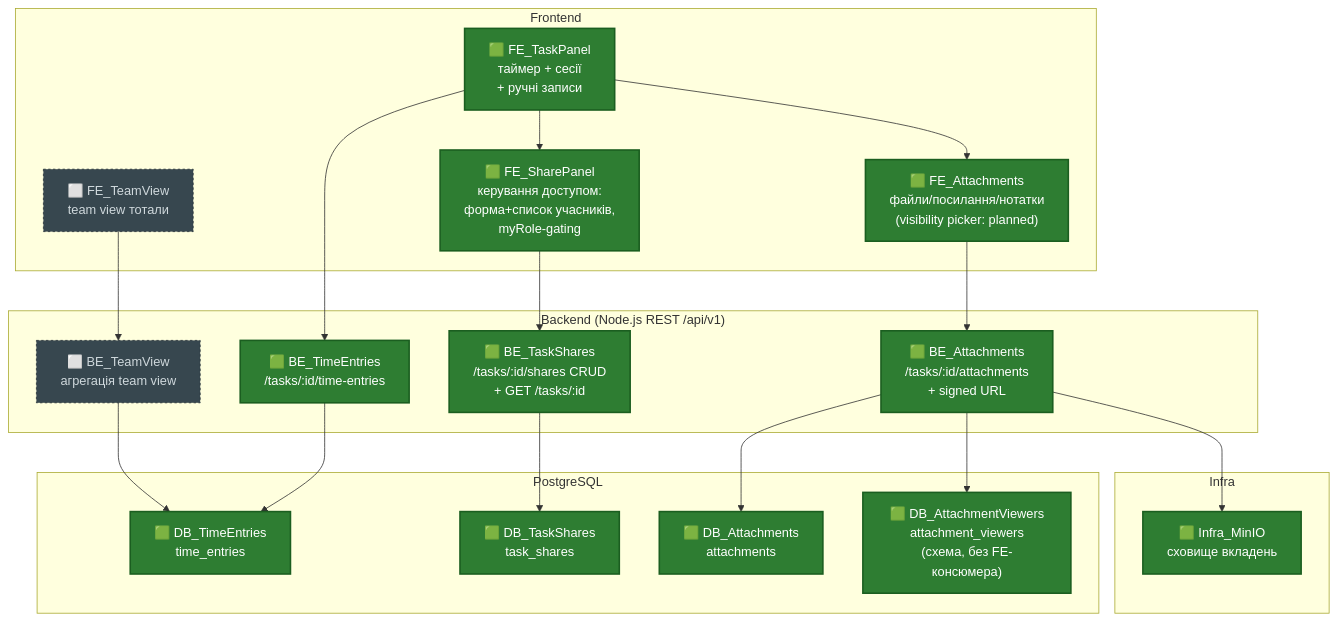
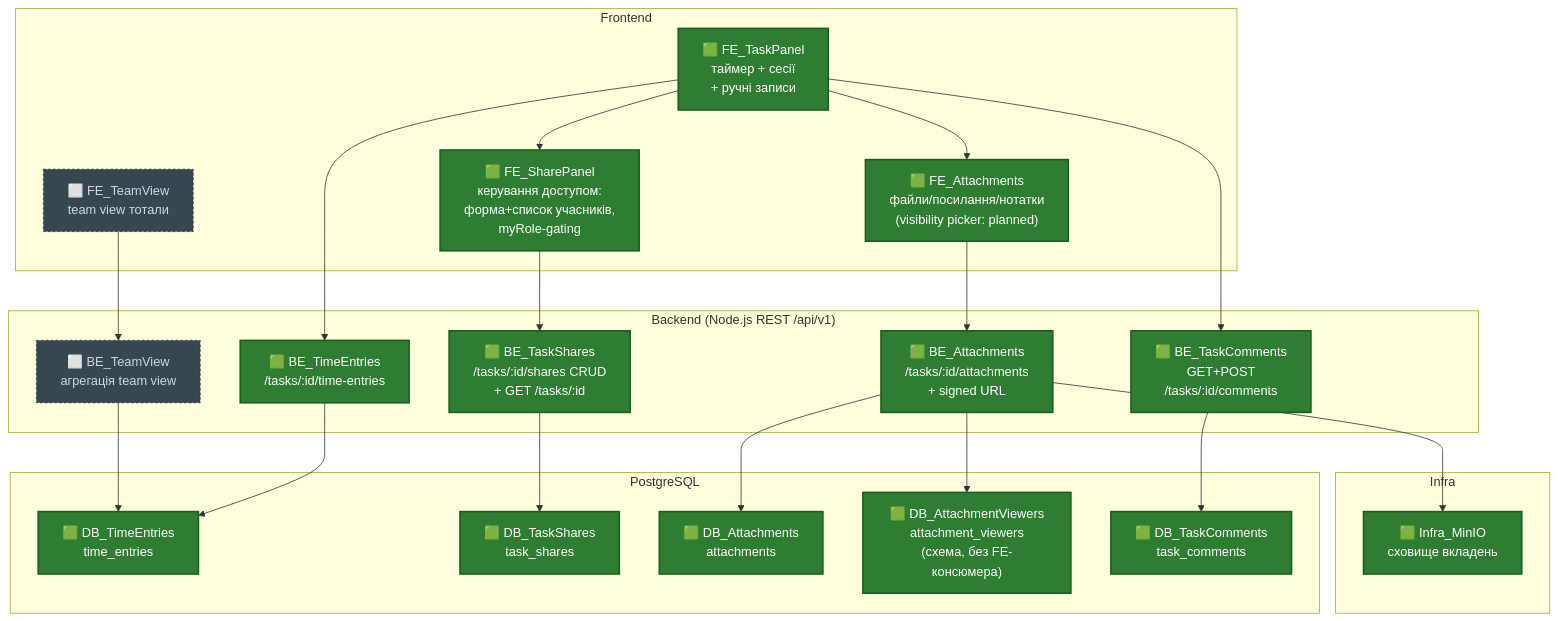
Before and after one commit to ansukhorukova/learn-it: the third of 4 diagrams in PROJECT_MAP.md, drawn with Mermaid. The commit also changed other lines of this file and 2 other files, not shown here.

````diff
--- a/PROJECT_MAP.md
+++ b/PROJECT_MAP.md
@@ -116,47 +116,51 @@
 ```mermaid
 graph TD
   classDef done fill:#2e7d32,color:#ffffff,stroke:#1b5e20,stroke-width:2px;
   classDef progress fill:#f9a825,color:#1a1a1a,stroke:#f57f17,stroke-width:2px;
   classDef planned fill:#37474f,color:#cfd8dc,stroke:#263238,stroke-width:1px,stroke-dasharray: 3 3;
 
   subgraph FE["Frontend"]
     FE_TaskPanel["🟩 FE_TaskPanel<br/>таймер + сесії<br/>+ ручні записи"]
     FE_Attachments["🟩 FE_Attachments<br/>файли/посилання/нотатки<br/>(visibility picker: planned)"]
     FE_SharePanel["🟩 FE_SharePanel<br/>керування доступом:<br/>форма+список учасників,<br/>myRole-gating"]
     FE_TeamView["⬜ FE_TeamView<br/>team view тотали"]
   end
 
   subgraph BE["Backend (Node.js REST /api/v1)"]
     BE_TimeEntries["🟩 BE_TimeEntries<br/>/tasks/:id/time-entries"]
     BE_TaskShares["🟩 BE_TaskShares<br/>/tasks/:id/shares CRUD<br/>+ GET /tasks/:id"]
     BE_Attachments["🟩 BE_Attachments<br/>/tasks/:id/attachments<br/>+ signed URL"]
+    BE_TaskComments["🟩 BE_TaskComments<br/>GET+POST<br/>/tasks/:id/comments"]
     BE_TeamView["⬜ BE_TeamView<br/>агрегація team view"]
   end
 
   subgraph DB["PostgreSQL"]
     DB_TimeEntries["🟩 DB_TimeEntries<br/>time_entries"]
     DB_TaskShares["🟩 DB_TaskShares<br/>task_shares"]
     DB_Attachments["🟩 DB_Attachments<br/>attachments"]
     DB_AttachmentViewers["🟩 DB_AttachmentViewers<br/>attachment_viewers<br/>(схема, без FE-консюмера)"]
+    DB_TaskComments["🟩 DB_TaskComments<br/>task_comments"]
   end
 
   subgraph Infra["Infra"]
     Infra_MinIO["🟩 Infra_MinIO<br/>сховище вкладень"]
   end
 
   FE_TaskPanel --> BE_TimeEntries
   BE_TimeEntries --> DB_TimeEntries
   FE_TaskPanel --> FE_SharePanel
   FE_SharePanel --> BE_TaskShares
   BE_TaskShares --> DB_TaskShares
   FE_TaskPanel --> FE_Attachments
   FE_Attachments --> BE_Attachments
   BE_Attachments --> DB_Attachments
   BE_Attachments --> DB_AttachmentViewers
   BE_Attachments --> Infra_MinIO
+  FE_TaskPanel --> BE_TaskComments
+  BE_TaskComments --> DB_TaskComments
   FE_TeamView --> BE_TeamView
   BE_TeamView --> DB_TimeEntries
 
-  class FE_TaskPanel,FE_Attachments,FE_SharePanel,BE_TimeEntries,BE_TaskShares,BE_Attachments,DB_TimeEntries,DB_TaskShares,DB_Attachments,DB_AttachmentViewers,Infra_MinIO done;
+  class FE_TaskPanel,FE_Attachments,FE_SharePanel,BE_TimeEntries,BE_TaskShares,BE_Attachments,BE_TaskComments,DB_TimeEntries,DB_TaskShares,DB_Attachments,DB_AttachmentViewers,DB_TaskComments,Infra_MinIO done;
   class BE_TeamView,FE_TeamView planned;
 ```
````
